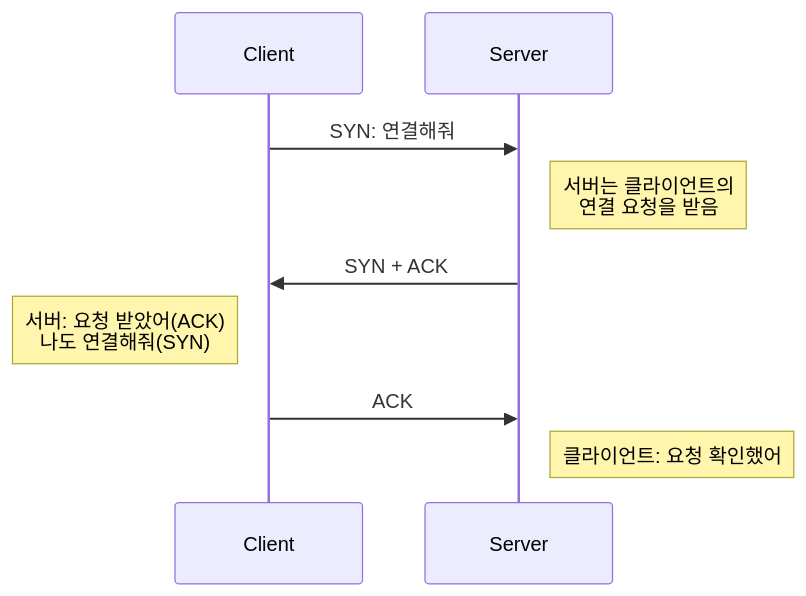
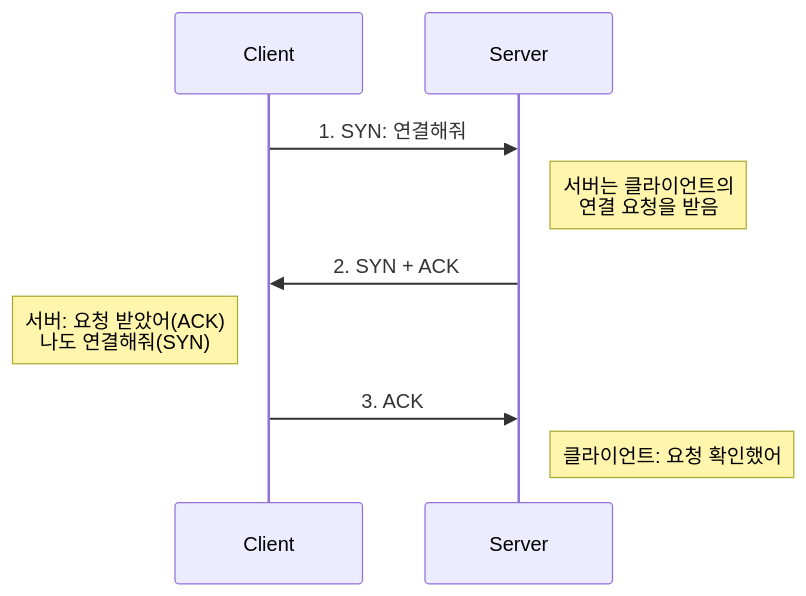
One commit to cherryJubilee/blog changed the first of 2 diagrams in docs/blog/posts/web-study/3way-4way-handshake.md. Above: the diagram before and after it, drawn with Mermaid. The commit also changed other lines of this file and 3 other files, not shown here.

````diff
--- a/docs/blog/posts/web-study/3way-4way-handshake.md
+++ b/docs/blog/posts/web-study/3way-4way-handshake.md
@@ -31,12 +83,12 @@
 ``` mermaid
 sequenceDiagram
     participant Client
     participant Server
 
-    Client->>Server: SYN: 연결해줘
+    Client->>Server: 1. SYN: 연결해줘
     note right of Server: 서버는 클라이언트의 <br/> 연결 요청을 받음
-    Server->>Client: SYN + ACK
+    Server->>Client: 2. SYN + ACK
     note left of Client: 서버: 요청 받았어(ACK) <br/> 나도 연결해줘(SYN)
-    Client->>Server: ACK
+    Client->>Server: 3. ACK
     note right of Server: 클라이언트: 요청 확인했어
 ```
````
